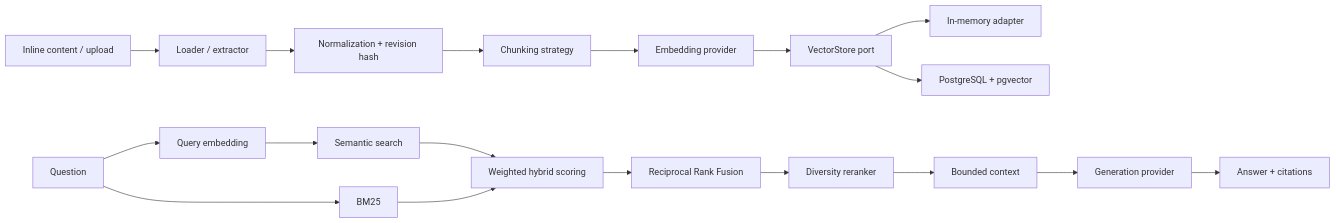
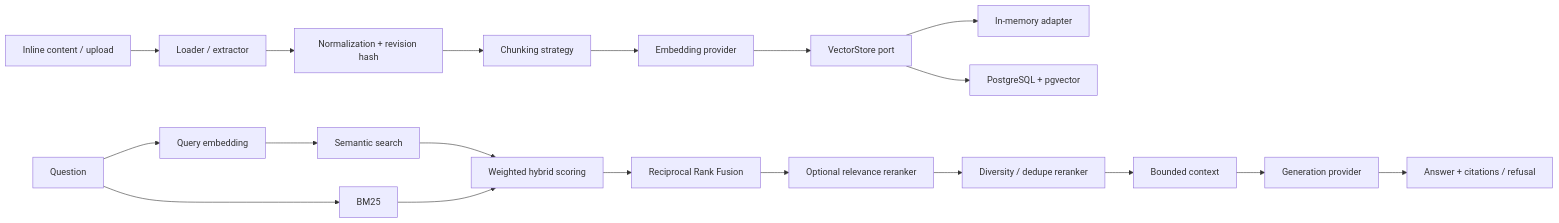
One commit to eloguidici/rag-engine-from-scratch changed the diagram in README.md. Above: the diagram before and after it, drawn with Mermaid. The commit also changed other lines of this file and 5 other files, not shown here.

````diff
--- a/README.md
+++ b/README.md
@@ -43,21 +45,22 @@
 ```mermaid
 flowchart LR
     A[Inline content / upload] --> B[Loader / extractor]
     B --> C[Normalization + revision hash]
     C --> D[Chunking strategy]
     D --> E[Embedding provider]
     E --> V[VectorStore port]
     V --> M[In-memory adapter]
     V --> P[PostgreSQL + pgvector]
 
     Q[Question] --> QE[Query embedding]
     QE --> SS[Semantic search]
     Q --> BM25[BM25]
     SS --> HS[Weighted hybrid scoring]
     BM25 --> HS
     HS --> RRF[Reciprocal Rank Fusion]
-    RRF --> RR[Diversity reranker]
+    RRF --> SR[Optional relevance reranker]
+    SR --> RR[Diversity / dedupe reranker]
     RR --> CB[Bounded context]
     CB --> LLM[Generation provider]
-    LLM --> R[Answer + citations]
+    LLM --> R[Answer + citations / refusal]
 ```
````
